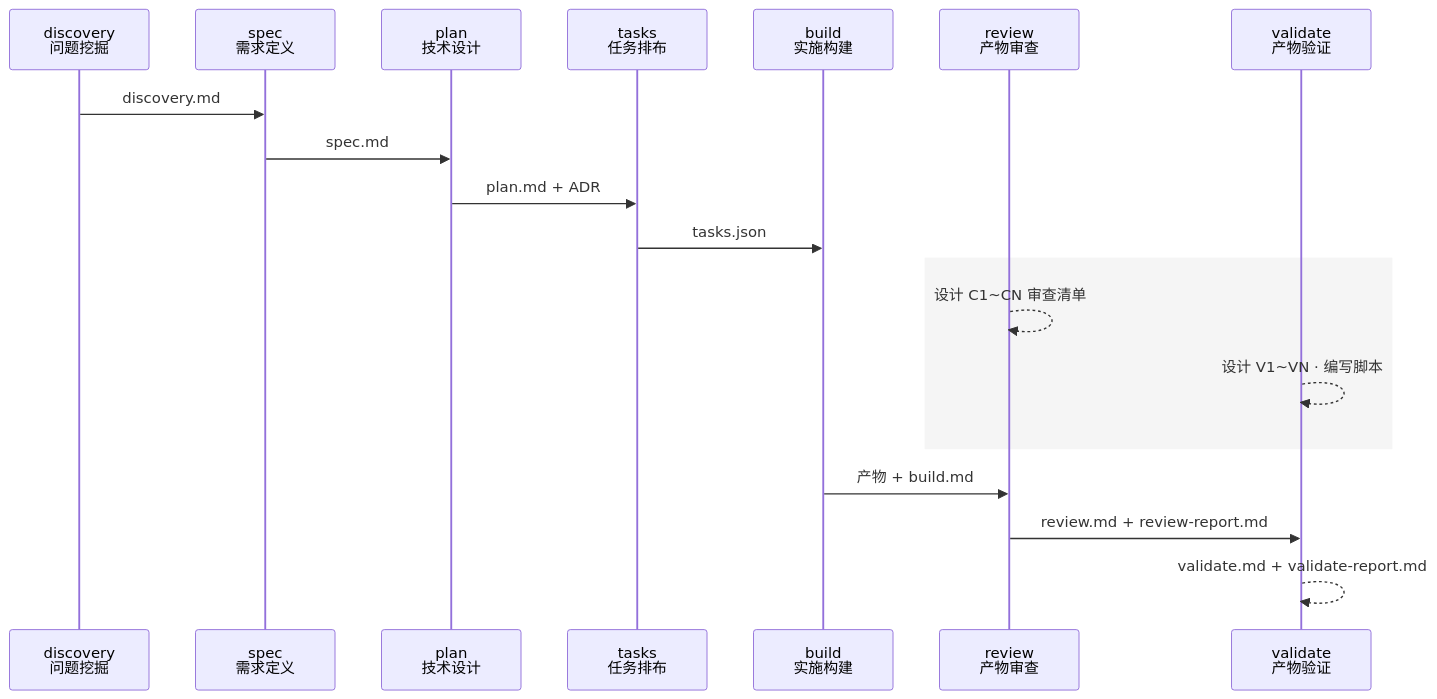
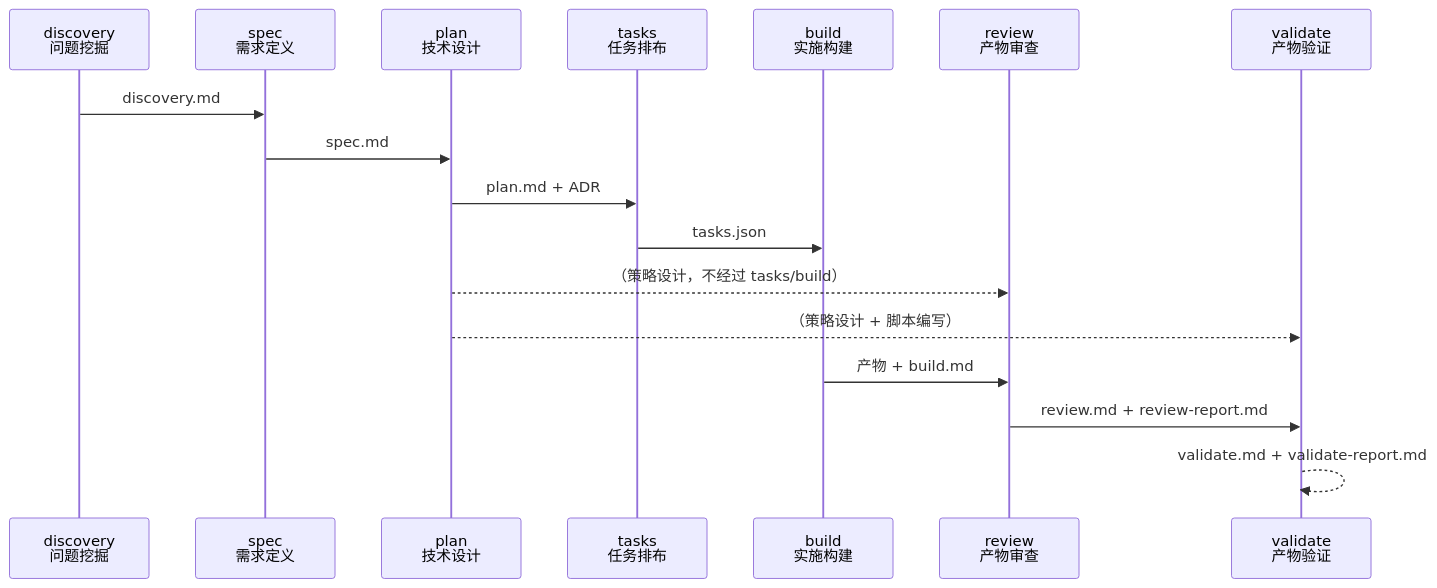
The diagram in .sddu/specs-tree-root/specs-tree-agent-scope-realignment/plan.md (THZSummer/sddu), drawn with Mermaid before and after one commit.

Commit message:
refactor(plan): use plan→review/validate dashed arrows in §2.7 — topology expresses parallelism

````diff
--- a/.sddu/specs-tree-root/specs-tree-agent-scope-realignment/plan.md
+++ b/.sddu/specs-tree-root/specs-tree-agent-scope-realignment/plan.md
@@ -113,25 +113,23 @@
 ```mermaid
 sequenceDiagram
     participant D as discovery<br/>问题挖掘
     participant S as spec<br/>需求定义
     participant P as plan<br/>技术设计
     participant TK as tasks<br/>任务排布
     participant B as build<br/>实施构建
     participant R as review<br/>产物审查
     participant V as validate<br/>产物验证
 
     D->>S: discovery.md
     S->>P: spec.md
     P->>TK: plan.md + ADR
     TK->>B: tasks.json
     
-    rect rgb(245, 245, 245)
-        R-->>R: 设计 C1~CN 审查清单
-        V-->>V: 设计 V1~VN · 编写脚本
-    end
+    P-->>R: （策略设计，不经过 tasks/build）
+    P-->>V: （策略设计 + 脚本编写）
     
     B->>R: 产物 + build.md
     
     R->>V: review.md + review-report.md
     V-->>V: validate.md + validate-report.md
 ```
````
